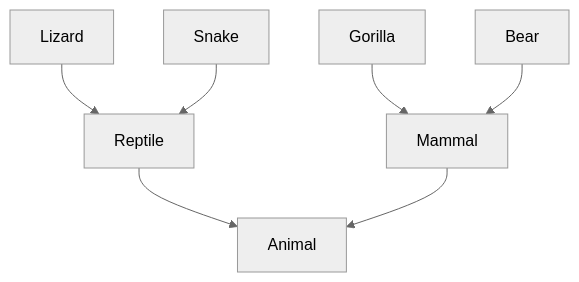
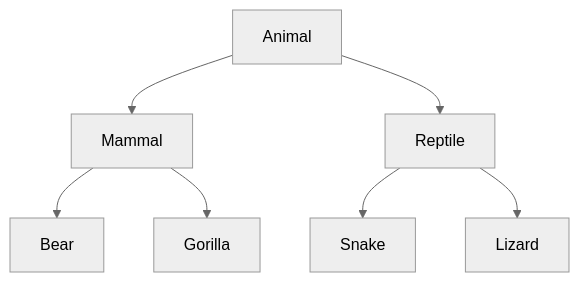
One commit to Nedanovx/SoftUni changed the first of 3 diagrams in CSharp - OOP/Inheritance - Exercise/Readme.md. Above: the diagram before and after it, drawn with Mermaid (neutral theme). The commit also changed other lines of this file, not shown here.

````diff
--- a/CSharp - OOP/Inheritance - Exercise/Readme.md
+++ b/CSharp - OOP/Inheritance - Exercise/Readme.md
@@ -46,10 +46,10 @@
 ```mermaid
 graph TD;
-Gorilla --> Mammal;
-Bear --> Mammal;
-Lizard --> Reptile;
-Snake --> Reptile;
-Reptile --> Animal;
-Mammal --> Animal;
 Animal;
+Animal --> Mammal;
+Animal --> Reptile;
+Reptile --> Snake;
+Reptile --> Lizard;
+Mammal --> Bear;
+Mammal --> Gorilla;
 ```
````
